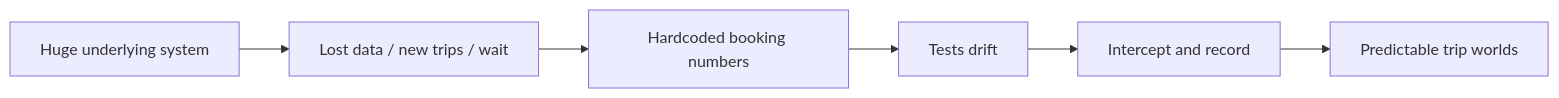
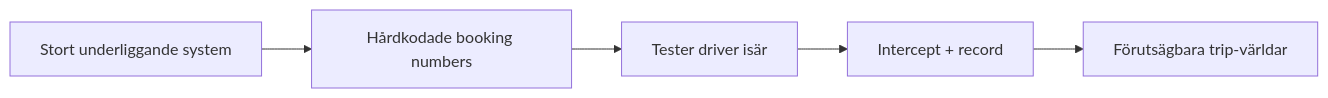
The first of 3 diagrams in docs/presentations/mockifyer-devex.md (sgedda/mockifyer), drawn with Mermaid before and after one commit. The commit also changed other lines of this file and 2 other files, not shown here.

````diff
--- a/docs/presentations/mockifyer-devex.md
+++ b/docs/presentations/mockifyer-devex.md
@@ -77,8 +75,7 @@
 ```mermaid
 flowchart LR
-  Admin["Huge underlying system"] --> Fragile["Lost data / new trips / wait"]
-  Fragile --> Hardcoded["Hardcoded booking numbers"]
-  Hardcoded --> Drift["Tests drift"]
-  Drift --> Idea["Intercept and record"]
-  Idea --> Worlds["Predictable trip worlds"]
+  Admin["Stort underliggande system"] --> Hack["Hårdkodade booking numbers"]
+  Hack --> Drift["Tester driver isär"]
+  Drift --> Idea["Intercept + record"]
+  Idea --> Worlds["Förutsägbara trip-världar"]
 ```
````
